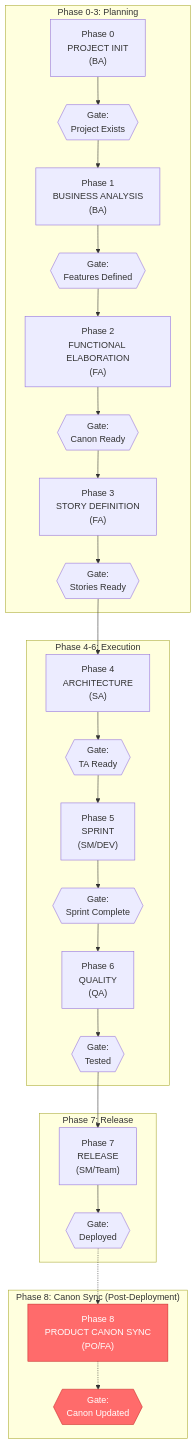
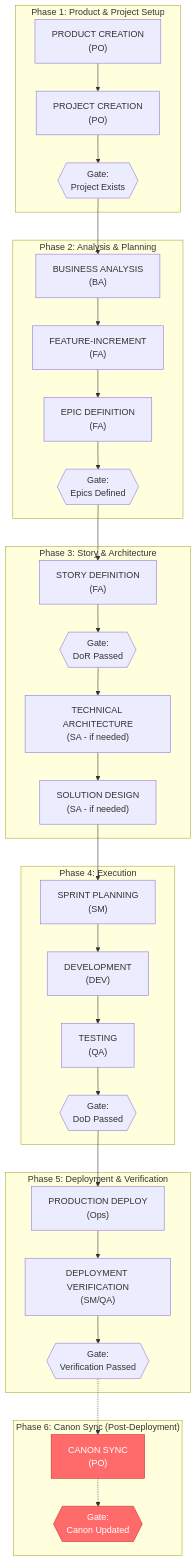
Before and after one commit to Pieter2406/TeamSpec: the first of 2 diagrams in README.md, drawn with Mermaid. The commit also changed other lines of this file and 4 other files, not shown here.

````diff
--- a/README.md
+++ b/README.md
@@ -378,34 +410,42 @@
 ```mermaid
 flowchart TD
-    subgraph "Phase 0-3: Planning"
-        P0["Phase 0<br/>PROJECT INIT<br/>(BA)"] --> G0{{"Gate:<br/>Project Exists"}}
-        G0 --> P1["Phase 1<br/>BUSINESS ANALYSIS<br/>(BA)"]
-        P1 --> G1{{"Gate:<br/>Features Defined"}}
-        G1 --> P2["Phase 2<br/>FUNCTIONAL ELABORATION<br/>(FA)"]
-        P2 --> G2{{"Gate:<br/>Canon Ready"}}
-        G2 --> P3["Phase 3<br/>STORY DEFINITION<br/>(FA)"]
-        P3 --> G3{{"Gate:<br/>Stories Ready"}}
+    subgraph "Phase 1: Product & Project Setup"
+        P1["PRODUCT CREATION<br/>(PO)"] --> P2["PROJECT CREATION<br/>(PO)"]
+        P2 --> G1{{"Gate:<br/>Project Exists"}}
     end
     
-    subgraph "Phase 4-6: Execution"
-        G3 --> P4["Phase 4<br/>ARCHITECTURE<br/>(SA)"]
-        P4 --> G4{{"Gate:<br/>TA Ready"}}
-        G4 --> P5["Phase 5<br/>SPRINT<br/>(SM/DEV)"]
-        P5 --> G5{{"Gate:<br/>Sprint Complete"}}
-        G5 --> P6["Phase 6<br/>QUALITY<br/>(QA)"]
-        P6 --> G6{{"Gate:<br/>Tested"}}
+    subgraph "Phase 2: Analysis & Planning"
+        G1 --> BA["BUSINESS ANALYSIS<br/>(BA)"]
+        BA --> FI["FEATURE-INCREMENT<br/>(FA)"]
+        FI --> EPIC["EPIC DEFINITION<br/>(FA)"]
+        EPIC --> G2{{"Gate:<br/>Epics Defined"}}
     end
     
-    subgraph "Phase 7: Release"
-        G6 --> P7["Phase 7<br/>RELEASE<br/>(SM/Team)"]
-        P7 --> G7{{"Gate:<br/>Deployed"}}
+    subgraph "Phase 3: Story & Architecture"
+        G2 --> STORY["STORY DEFINITION<br/>(FA)"]
+        STORY --> G3{{"Gate:<br/>DoR Passed"}}
+        G3 --> TA["TECHNICAL ARCHITECTURE<br/>(SA - if needed)"]
+        TA --> SD["SOLUTION DESIGN<br/>(SA - if needed)"]
+    end
+    
+    subgraph "Phase 4: Execution"
+        SD --> SPRINT["SPRINT PLANNING<br/>(SM)"]
+        SPRINT --> DEV["DEVELOPMENT<br/>(DEV)"]
+        DEV --> QA["TESTING<br/>(QA)"]
+        QA --> G4{{"Gate:<br/>DoD Passed"}}
+    end
+    
+    subgraph "Phase 5: Deployment & Verification"
+        G4 --> DEPLOY["PRODUCTION DEPLOY<br/>(Ops)"]
+        DEPLOY --> VERIFY["DEPLOYMENT VERIFICATION<br/>(SM/QA)"]
+        VERIFY --> G5{{"Gate:<br/>Verification Passed"}}
     end
 
-    subgraph "Phase 8: Canon Sync (Post-Deployment)"
-        G7 -.-> P8["Phase 8<br/>PRODUCT CANON SYNC<br/>(PO/FA)"]
-        P8 -.-> G8{{"Gate:<br/>Canon Updated"}}
+    subgraph "Phase 6: Canon Sync (Post-Deployment)"
+        G5 -.-> SYNC["CANON SYNC<br/>(PO)"]
+        SYNC -.-> G6{{"Gate:<br/>Canon Updated"}}
     end
 
-    style P8 fill:#ff6b6b,stroke:#c92a2a,color:#fff
-    style G8 fill:#ff6b6b,stroke:#c92a2a,color:#fff
+    style SYNC fill:#ff6b6b,stroke:#c92a2a,color:#fff
+    style G6 fill:#ff6b6b,stroke:#c92a2a,color:#fff
 ```
````
